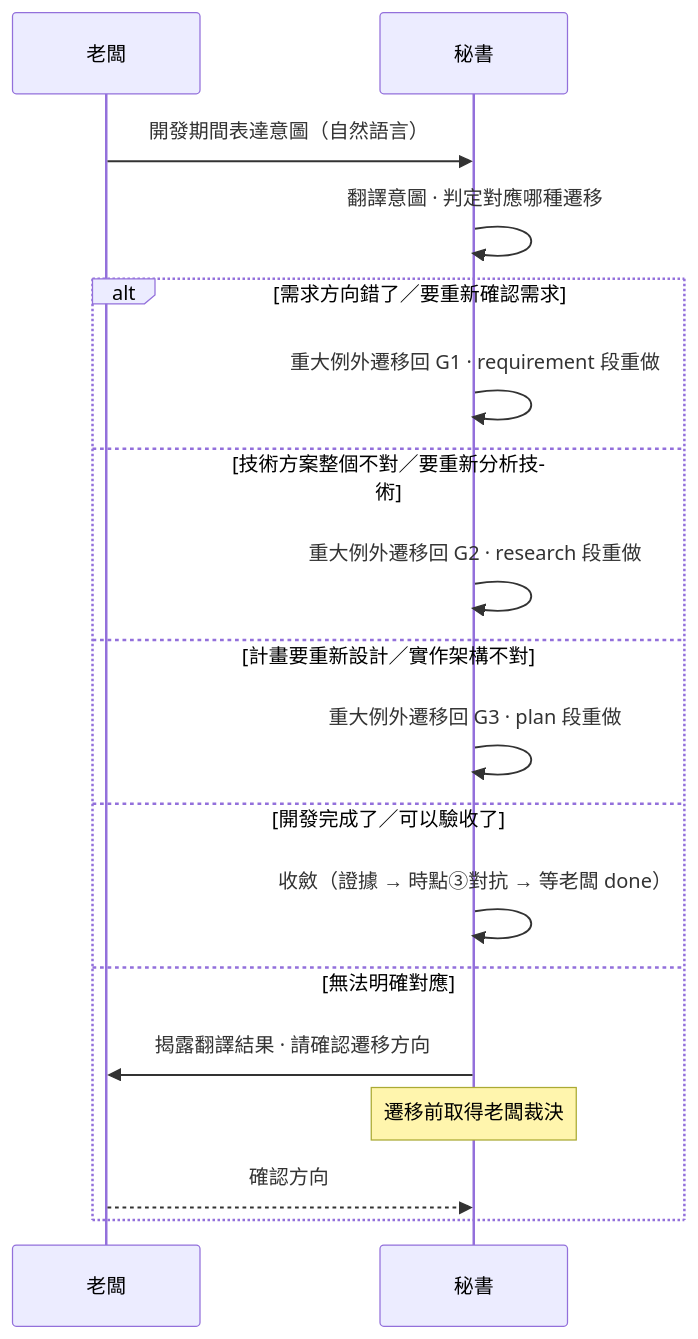
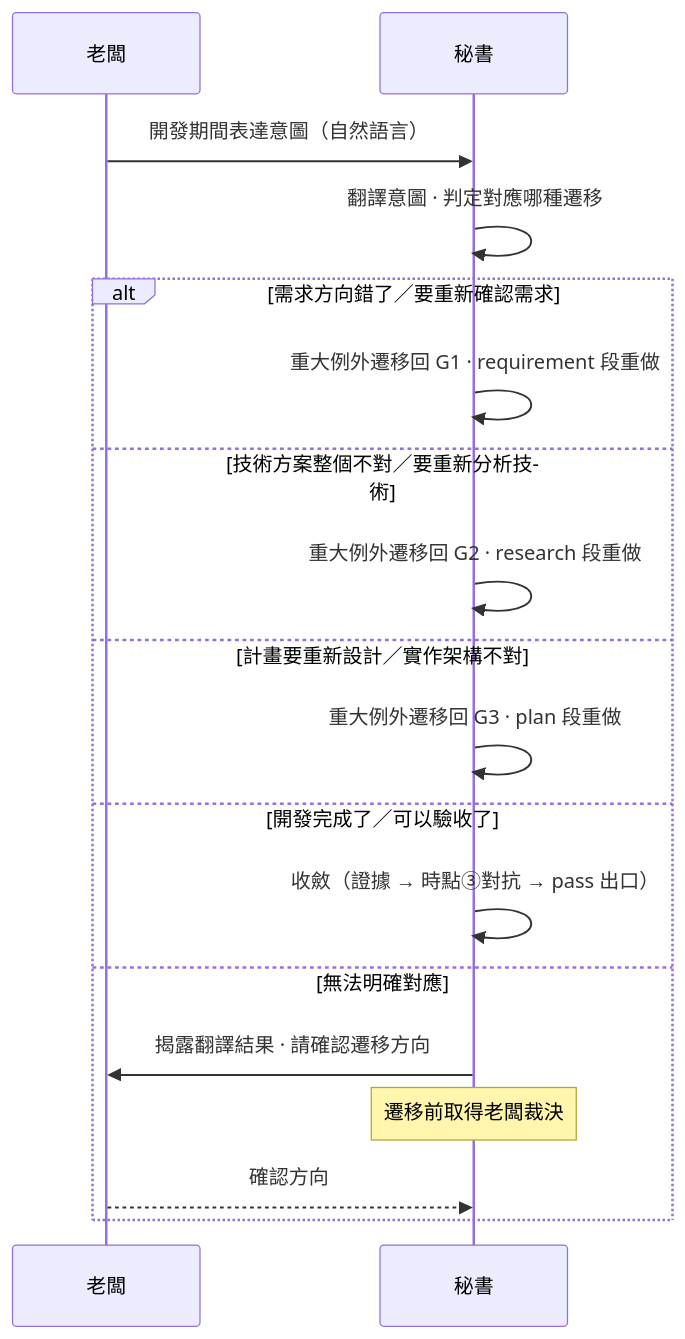
Before and after one commit to teps3105/shiftblame: the third of 8 diagrams in skills/shiftblame/SKILL.md, drawn with Mermaid. The commit also changed other lines of this file and 24 other files, not shown here.

````diff
--- a/skills/shiftblame/SKILL.md
+++ b/skills/shiftblame/SKILL.md
@@ -122,22 +131,22 @@
    ```mermaid
    sequenceDiagram
         participant B as 老闆
         participant SEC as 秘書
 
         B->>SEC: 開發期間表達意圖（自然語言）
         SEC->>SEC: 翻譯意圖 · 判定對應哪種遷移
 
         alt 需求方向錯了／要重新確認需求
             SEC->>SEC: 重大例外遷移回 G1 · requirement 段重做
         else 技術方案整個不對／要重新分析技術
             SEC->>SEC: 重大例外遷移回 G2 · research 段重做
         else 計畫要重新設計／實作架構不對
             SEC->>SEC: 重大例外遷移回 G3 · plan 段重做
         else 開發完成了／可以驗收了
-            SEC->>SEC: 收斂（證據 → 時點③對抗 → 等老闆 done）
+            SEC->>SEC: 收斂（證據 → 時點③對抗 → pass 出口）
         else 無法明確對應
             SEC->>B: 揭露翻譯結果 · 請確認遷移方向
             Note over SEC: 遷移前取得老闆裁決
             B-->>SEC: 確認方向
         end
    ```
````
